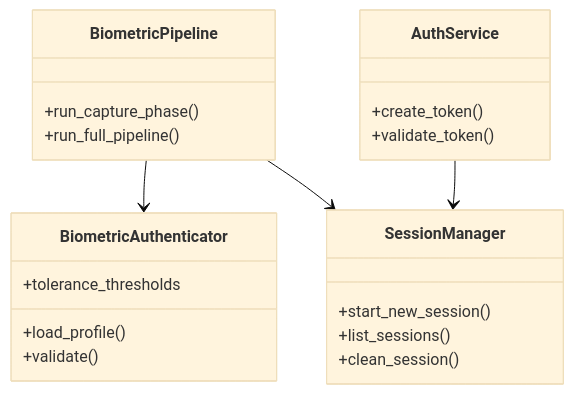
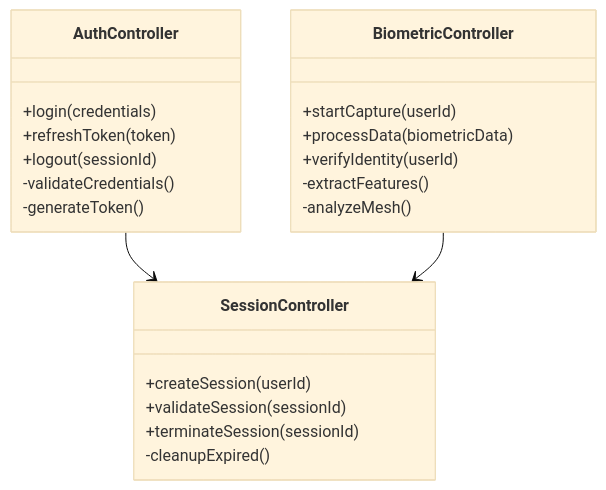
The eighth of 9 diagrams in README.md (JtPerez-Acle/secure-biometric), drawn with Mermaid (base theme) before and after one commit. The commit also changed other lines of this file, not shown here.

````diff
--- a/README.md
+++ b/README.md
@@ -36,28 +290,28 @@
 ```mermaid
 classDiagram
-    class BiometricPipeline {
-        +run_capture_phase()
-        +run_full_pipeline()
+    class AuthController {
+        +login(credentials)
+        +refreshToken(token)
+        +logout(sessionId)
+        -validateCredentials()
+        -generateToken()
     }
     
-    class BiometricAuthenticator {
-        +tolerance_thresholds
-        +load_profile()
-        +validate()
+    class BiometricController {
+        +startCapture(userId)
+        +processData(biometricData)
+        +verifyIdentity(userId)
+        -extractFeatures()
+        -analyzeMesh()
     }
     
-    class SessionManager {
-        +start_new_session()
-        +list_sessions()
-        +clean_session()
+    class SessionController {
+        +createSession(userId)
+        +validateSession(sessionId)
+        +terminateSession(sessionId)
+        -cleanupExpired()
     }
     
-    class AuthService {
-        +create_token()
-        +validate_token()
-    }
-    
-    BiometricPipeline --> BiometricAuthenticator
-    BiometricPipeline --> SessionManager
-    AuthService --> SessionManager
+    AuthController --> SessionController
+    BiometricController --> SessionController
 ```
````
